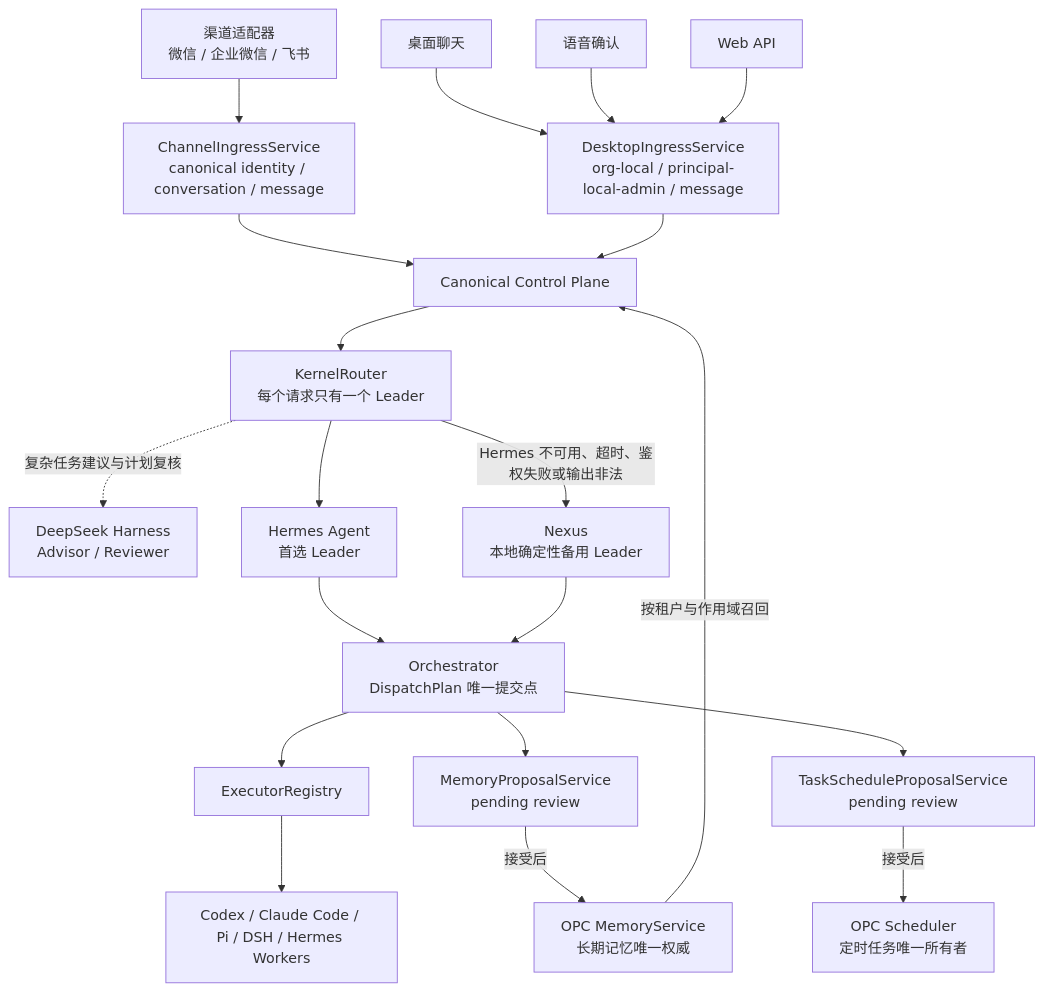
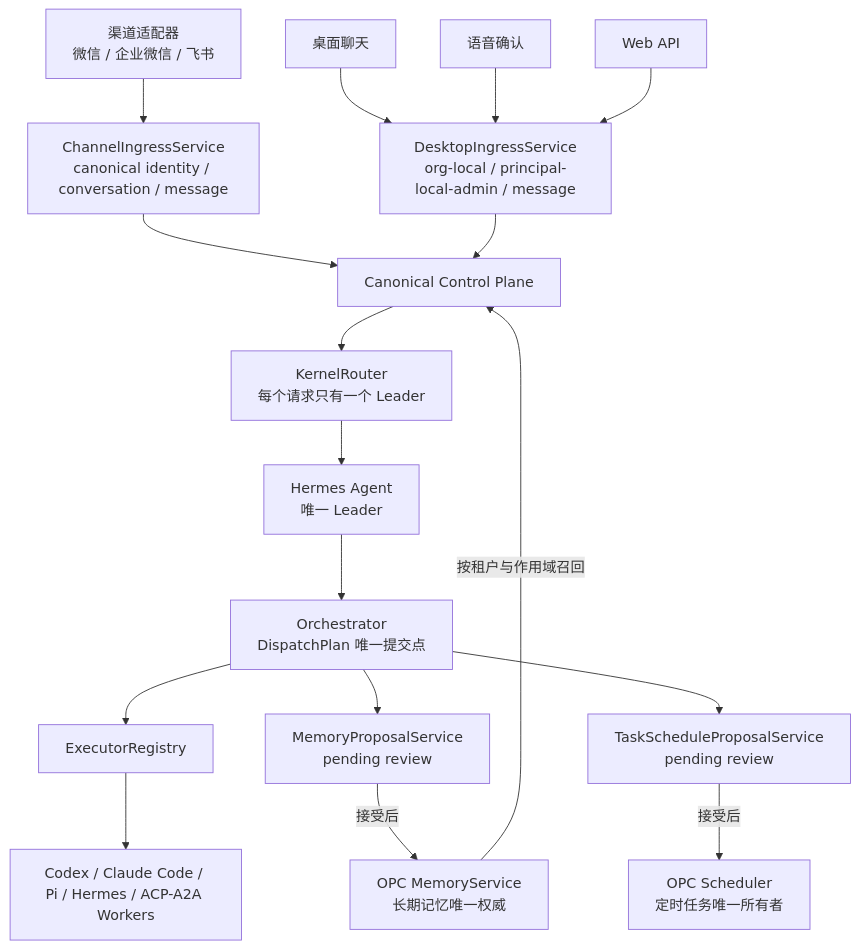
Before and after one commit to h4dex/opc-nexus: the second of 2 diagrams in src/docs/architecture.md, drawn with Mermaid. The commit also changed other lines of this file and 7850 other files, not shown here.

````diff
--- a/src/docs/architecture.md
+++ b/src/docs/architecture.md
@@ -120,22 +120,19 @@
 ```mermaid
 flowchart TD
     C["渠道适配器<br/>微信 / 企业微信 / 飞书"] --> CI["ChannelIngressService<br/>canonical identity / conversation / message"]
     D["桌面聊天"] --> DI["DesktopIngressService<br/>org-local / principal-local-admin / message"]
     V["语音确认"] --> DI
     WEB["Web API"] --> DI
     CI --> CP["Canonical Control Plane"]
     DI --> CP
     M["OPC MemoryService<br/>长期记忆唯一权威"] -->|"按租户与作用域召回"| CP
     CP --> KR["KernelRouter<br/>每个请求只有一个 Leader"]
-    KR -. "复杂任务建议与计划复核" .-> DSH["DeepSeek Harness<br/>Advisor / Reviewer"]
-    KR --> H["Hermes Agent<br/>首选 Leader"]
-    KR -->|"Hermes 不可用、超时、鉴权失败或输出非法"| N["Nexus<br/>本地确定性备用 Leader"]
+    KR --> H["Hermes Agent<br/>唯一 Leader"]
     H --> O["Orchestrator<br/>DispatchPlan 唯一提交点"]
-    N --> O
     O --> ER["ExecutorRegistry"]
-    ER --> W["Codex / Claude Code / Pi / DSH / Hermes Workers"]
+    ER --> W["Codex / Claude Code / Pi / Hermes / ACP-A2A Workers"]
     O --> MP["MemoryProposalService<br/>pending review"]
     MP -->|"接受后"| M
     O --> SP["TaskScheduleProposalService<br/>pending review"]
     SP -->|"接受后"| S["OPC Scheduler<br/>定时任务唯一所有者"]
 ```
````
